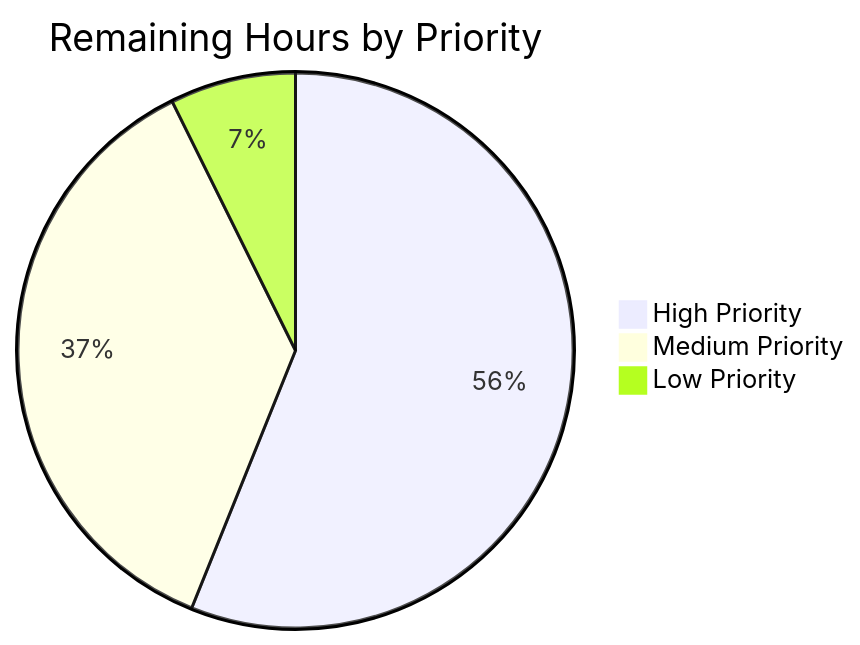
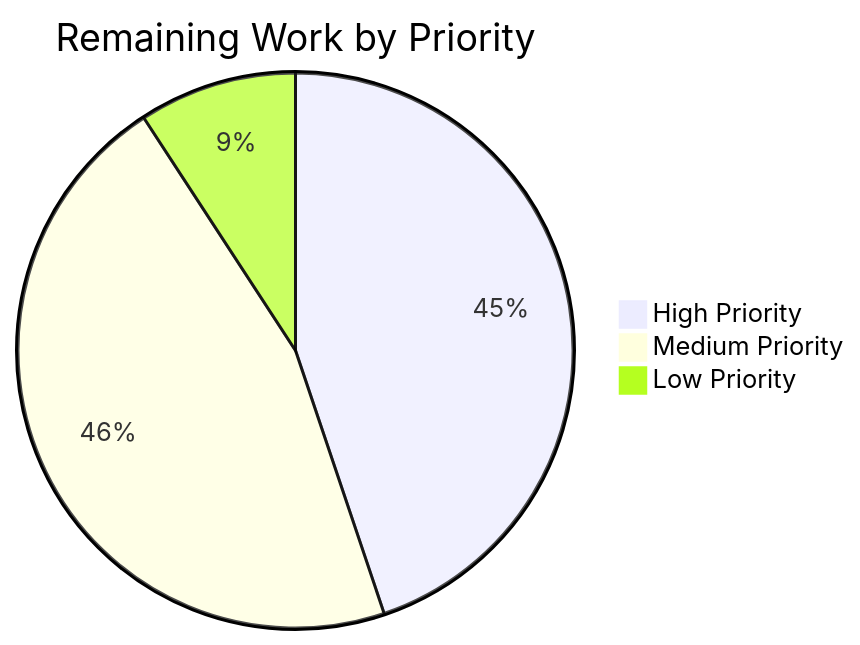
Before and after one commit to Blitzy-Sandbox/blitzy-SplendidCRM: the third of 3 diagrams in blitzy/documentation/Project Guide.md, drawn with Mermaid. The commit also changed other lines of this file, not shown here.

Commit message:
Adding Blitzy Project Guide: Project Status and Human Tasks Remaining

````diff
--- a/blitzy/documentation/Project Guide.md
+++ b/blitzy/documentation/Project Guide.md
@@ -243,6 +241,6 @@
 ```mermaid
-pie title Remaining Hours by Priority
-    "High Priority" : 46
-    "Medium Priority" : 30
-    "Low Priority" : 6
+pie title Remaining Work by Priority
+    "High Priority" : 39
+    "Medium Priority" : 40
+    "Low Priority" : 8
 ```
````
